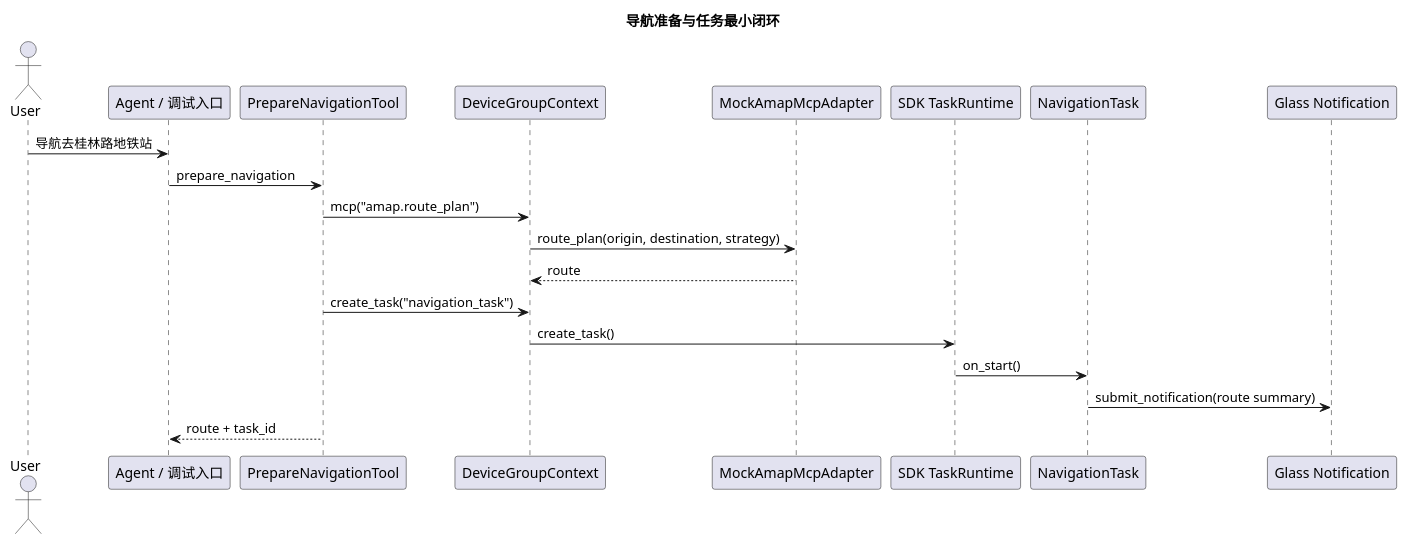
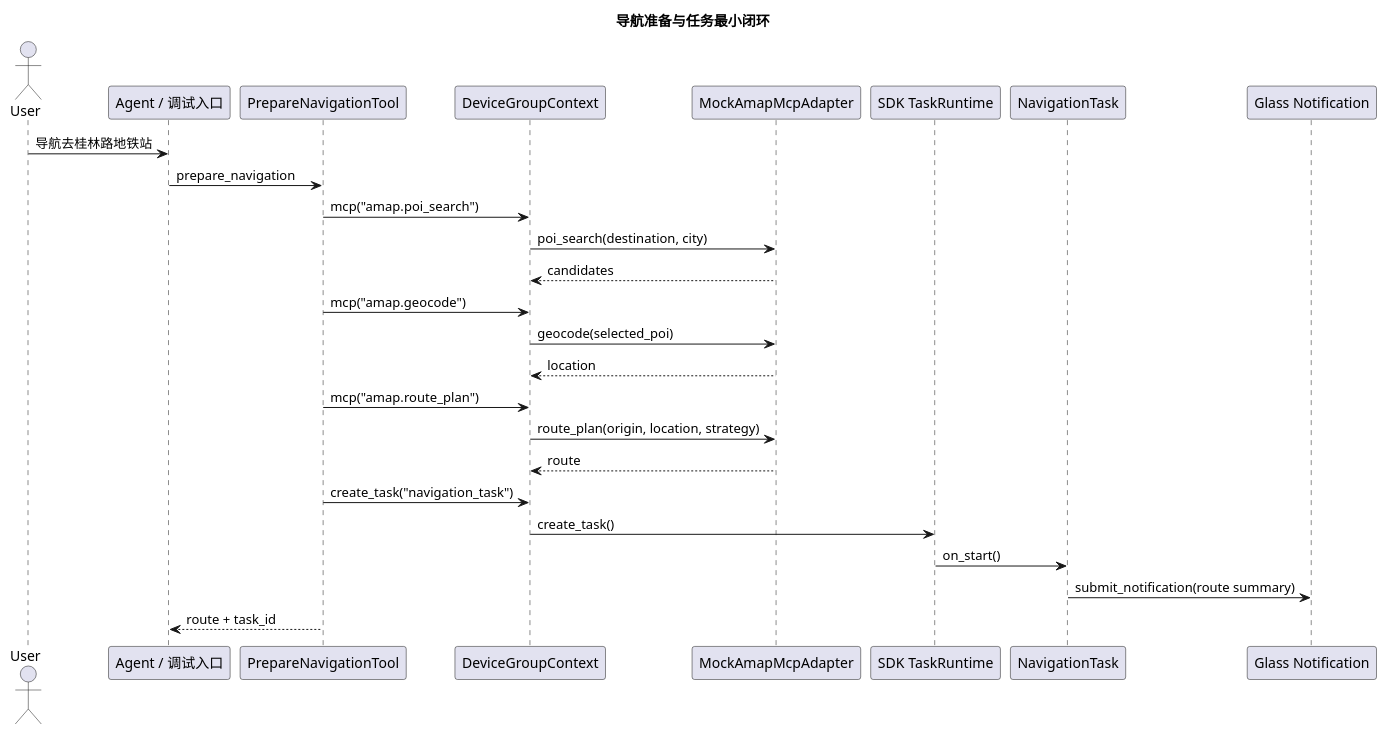
The diagram in openaiglass-for-blind/docs/stage1/develop/Navigation-导航准备与任务最小闭环实施文档.md (HengeLiu/RealtimeAgent), drawn with PlantUML before and after one commit. The commit also changed other lines of this file and 26 other files, not shown here.

````diff
--- a/openaiglass-for-blind/docs/stage1/develop/Navigation-导航准备与任务最小闭环实施文档.md
+++ b/openaiglass-for-blind/docs/stage1/develop/Navigation-导航准备与任务最小闭环实施文档.md
@@ -53,26 +58,32 @@
 ```plantuml
 @startuml
 title 导航准备与任务最小闭环
 
 actor User as user
 participant "Agent / 调试入口" as agent
 participant "PrepareNavigationTool" as tool
 participant "DeviceGroupContext" as ctx
 participant "MockAmapMcpAdapter" as amap
 participant "SDK TaskRuntime" as runtime
 participant "NavigationTask" as task
 participant "Glass Notification" as glass
 
 user -> agent: 导航去桂林路地铁站
 agent -> tool: prepare_navigation
+tool -> ctx: mcp("amap.poi_search")
+ctx -> amap: poi_search(destination, city)
+amap --> ctx: candidates
+tool -> ctx: mcp("amap.geocode")
+ctx -> amap: geocode(selected_poi)
+amap --> ctx: location
 tool -> ctx: mcp("amap.route_plan")
-ctx -> amap: route_plan(origin, destination, strategy)
+ctx -> amap: route_plan(origin, location, strategy)
 amap --> ctx: route
 tool -> ctx: create_task("navigation_task")
 ctx -> runtime: create_task()
 runtime -> task: on_start()
 task -> glass: submit_notification(route summary)
 tool --> agent: route + task_id
 
 @enduml
 ```
````
